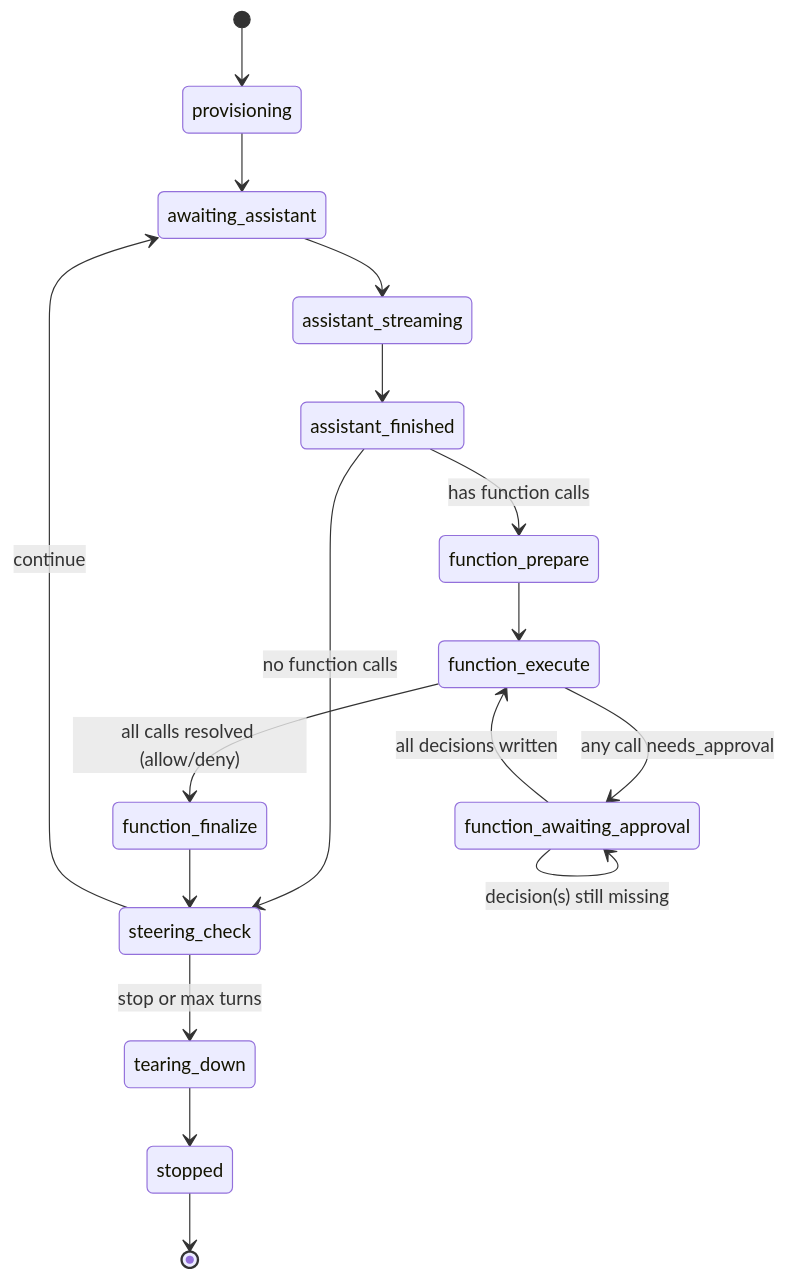
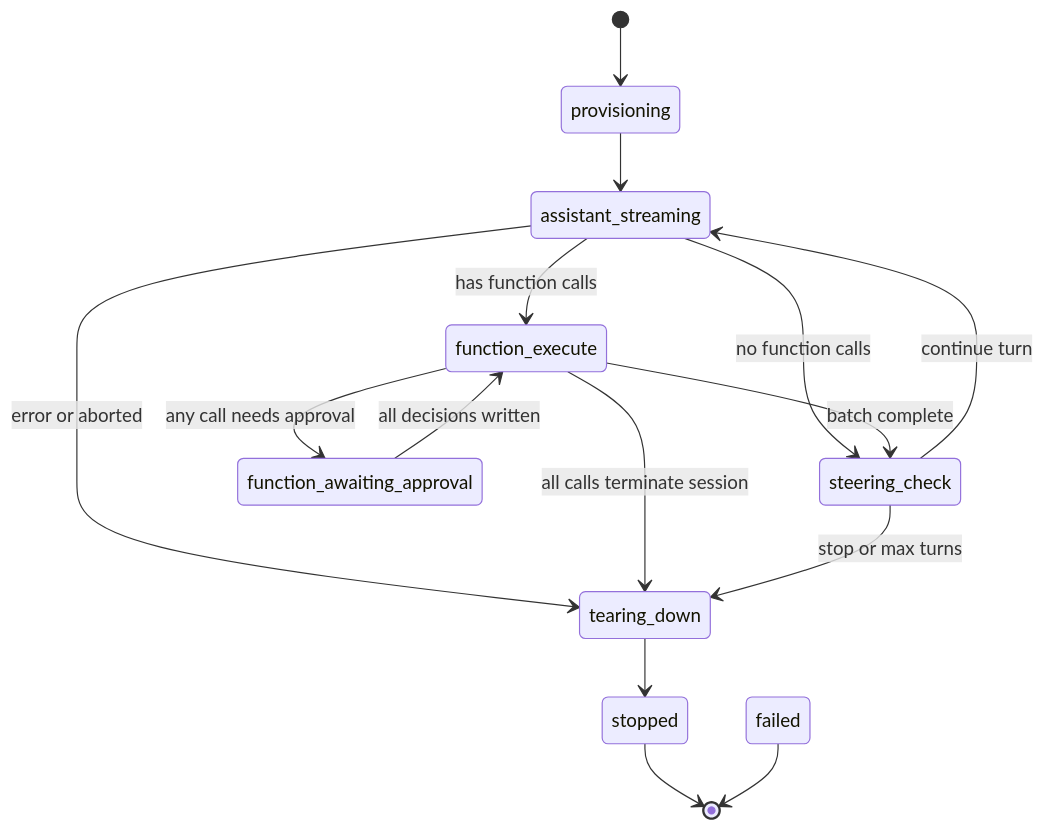
The second of 5 diagrams in harness/docs/architecture.md (iii-hq/workers), drawn with Mermaid before and after one commit. The commit also changed other lines of this file and 30 other files, not shown here.

````diff
--- a/harness/docs/architecture.md
+++ b/harness/docs/architecture.md
@@ -104,19 +105,17 @@
 ```mermaid
 stateDiagram-v2
   [*] --> provisioning
-  provisioning --> awaiting_assistant
-  awaiting_assistant --> assistant_streaming
-  assistant_streaming --> assistant_finished
-  assistant_finished --> function_prepare: has function calls
-  assistant_finished --> steering_check: no function calls
-  function_prepare --> function_execute
-  function_execute --> function_finalize: all calls resolved (allow/deny)
-  function_execute --> function_awaiting_approval: any call needs_approval
-  function_awaiting_approval --> function_awaiting_approval: decision(s) still missing
+  provisioning --> assistant_streaming
+  assistant_streaming --> function_execute: has function calls
+  assistant_streaming --> steering_check: no function calls
+  assistant_streaming --> tearing_down: error or aborted
+  function_execute --> function_awaiting_approval: any call needs approval
+  function_execute --> steering_check: batch complete
+  function_execute --> tearing_down: all calls terminate session
   function_awaiting_approval --> function_execute: all decisions written
-  function_finalize --> steering_check
-  steering_check --> awaiting_assistant: continue
+  steering_check --> assistant_streaming: continue turn
   steering_check --> tearing_down: stop or max turns
   tearing_down --> stopped
   stopped --> [*]
+  failed --> [*]
 ```
````
